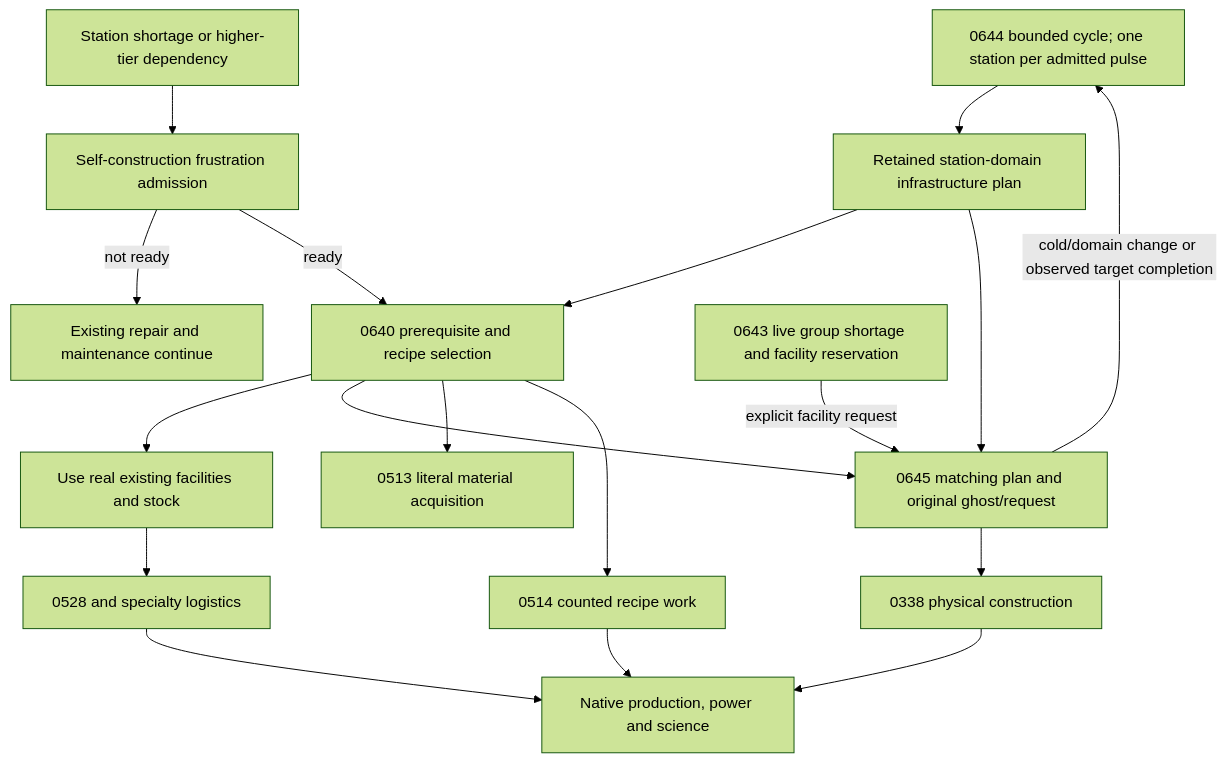
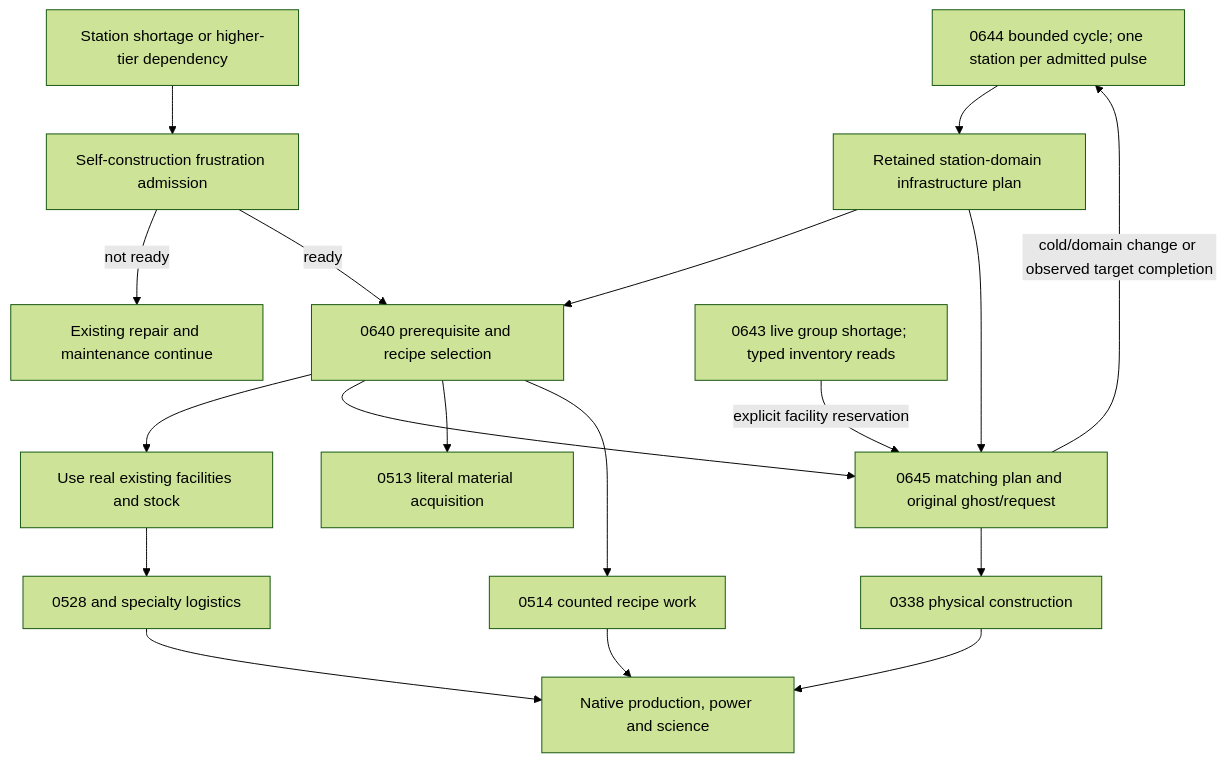
Before and after one commit to mrcalzon02/Tech-Priests: the first of 4 diagrams in docs/BEHAVIOR_MERMAID_FUNCTION_DRILLDOWN_0666_INFRASTRUCTURE_PLANNING.md, drawn with Mermaid (forest theme). The commit also changed other lines of this file and 13 other files, not shown here.

````diff
--- a/docs/BEHAVIOR_MERMAID_FUNCTION_DRILLDOWN_0666_INFRASTRUCTURE_PLANNING.md
+++ b/docs/BEHAVIOR_MERMAID_FUNCTION_DRILLDOWN_0666_INFRASTRUCTURE_PLANNING.md
@@ -15,20 +15,20 @@
 ```mermaid
 flowchart TD
     Survey["0644 bounded cycle; one station per admitted pulse"] --> Plan["Retained station-domain infrastructure plan"]
     Need["Station shortage or higher-tier dependency"] --> Gate["Self-construction frustration admission"]
     Gate -->|"not ready"| Maintain["Existing repair and maintenance continue"]
     Gate -->|"ready"| Governor["0640 prerequisite and recipe selection"]
     Plan --> Governor
     Governor --> Existing["Use real existing facilities and stock"]
     Governor --> Build["0645 matching plan and original ghost/request"]
-    Assessment["0643 live group shortage and facility reservation"] -->|"explicit facility request"| Build
+    Assessment["0643 live group shortage; typed inventory reads"] -->|"explicit facility reservation"| Build
     Plan --> Build
     Build -->|"cold/domain change or observed target completion"| Survey
     Build --> Constructor["0338 physical construction"]
     Governor --> Acquire["0513 literal material acquisition"]
     Governor --> Craft["0514 counted recipe work"]
     Existing --> Logistics["0528 and specialty logistics"]
     Constructor --> Native["Native production, power and science"]
     Logistics --> Native
     Craft --> Native
 ```
````
